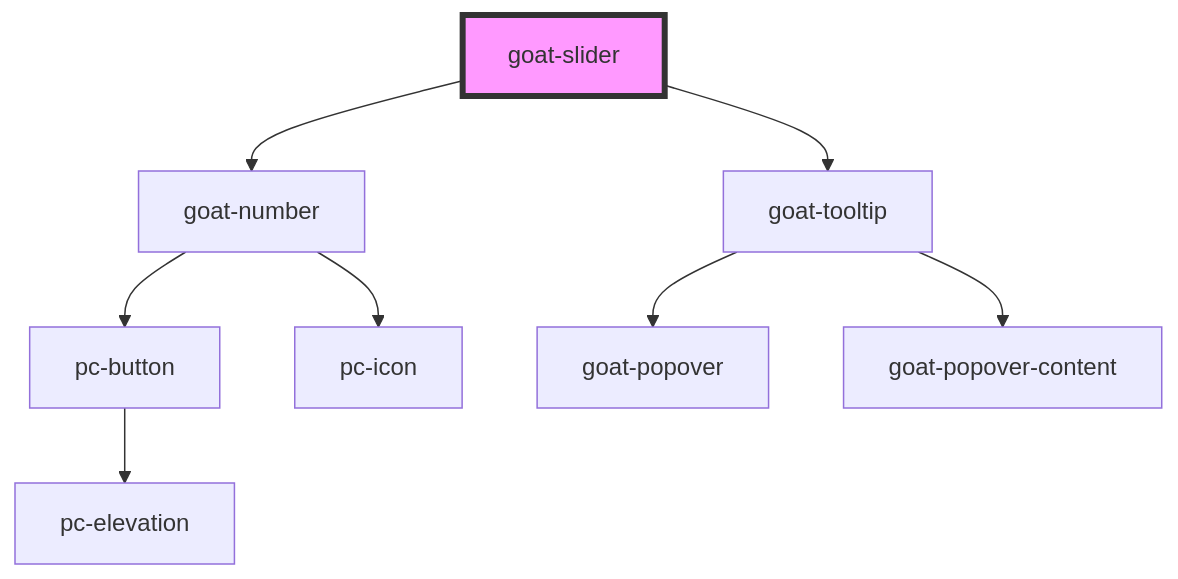
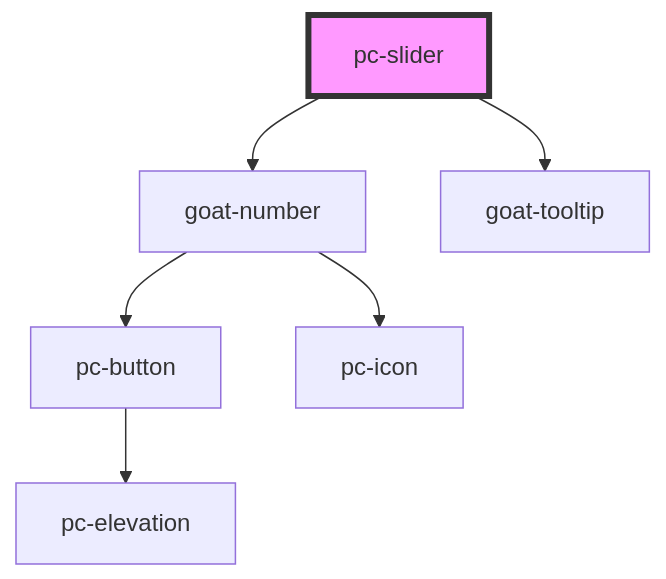
Before and after one commit to redvars/peacock: the diagram in src/components/input-controls/slider/readme.md, drawn with Mermaid. The commit also changed 127 other files, not shown here.

````diff
--- a/src/components/input-controls/slider/readme.md
+++ b/src/components/input-controls/slider/readme.md
@@ -77,11 +77,9 @@
 ```mermaid
 graph TD;
-  goat-slider --> goat-number
-  goat-slider --> goat-tooltip
+  pc-slider --> goat-number
+  pc-slider --> goat-tooltip
   goat-number --> pc-button
   goat-number --> pc-icon
   pc-button --> pc-elevation
-  goat-tooltip --> goat-popover
-  goat-tooltip --> goat-popover-content
-  style goat-slider fill:#f9f,stroke:#333,stroke-width:4px
+  style pc-slider fill:#f9f,stroke:#333,stroke-width:4px
 ```
````
